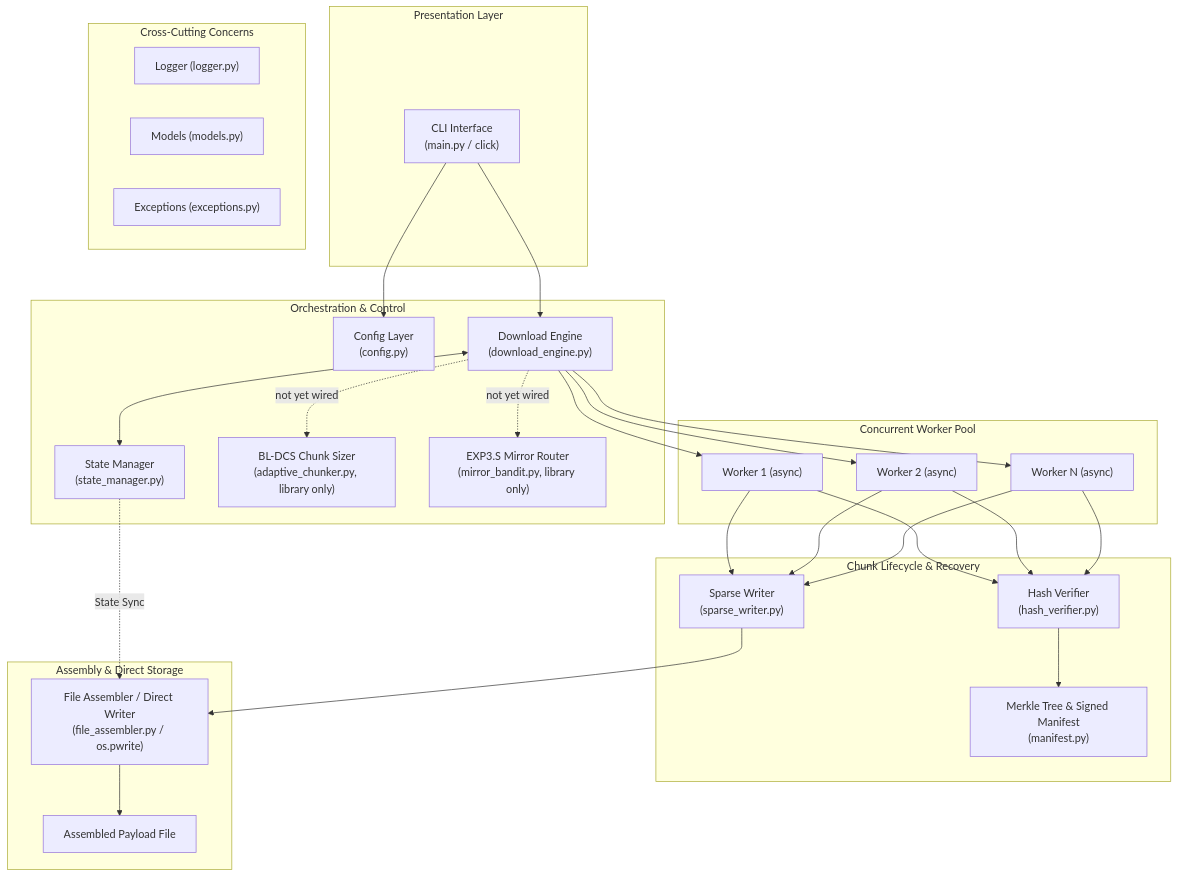
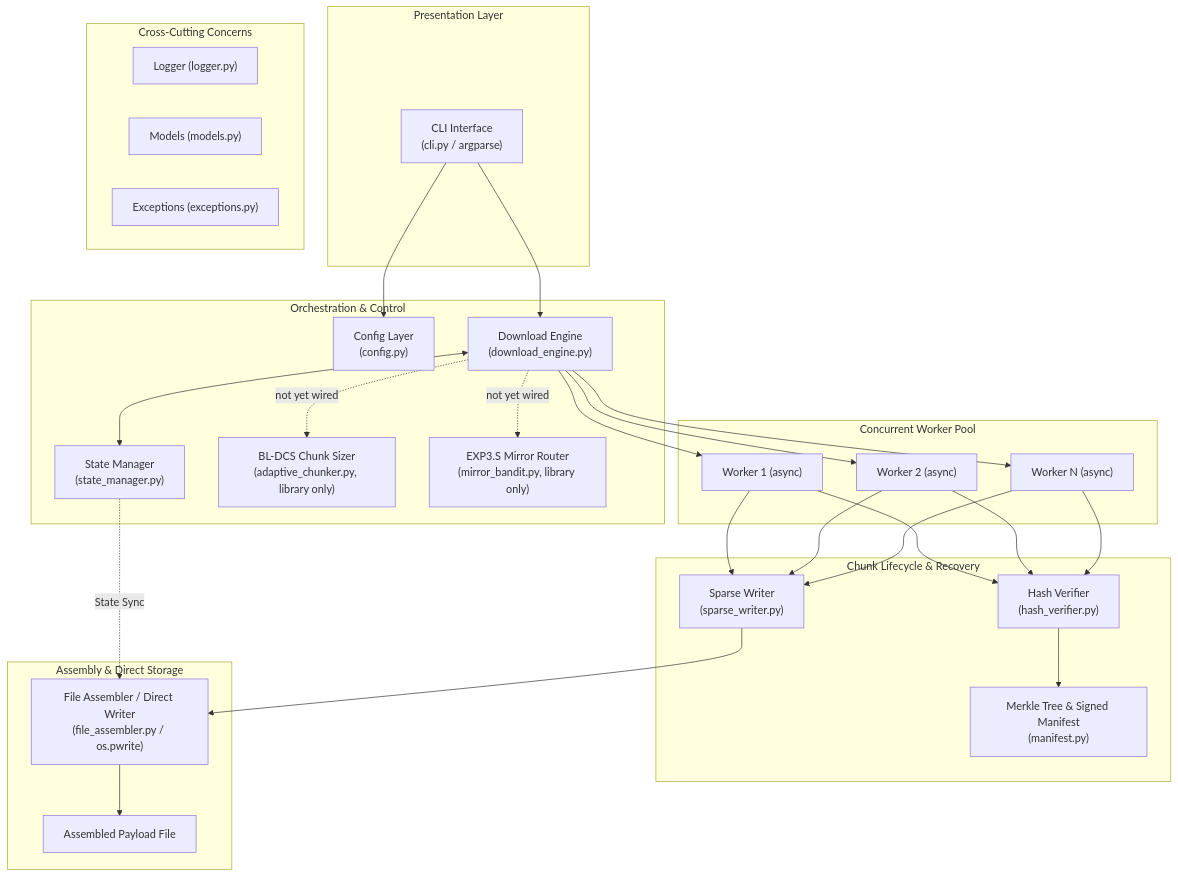
The first of 4 diagrams in docs/ARCHITECTURE.md (PxA-Labs/ReliaDL), drawn with Mermaid before and after one commit. The commit also changed other lines of this file and 4 other files, not shown here.

````diff
--- a/docs/ARCHITECTURE.md
+++ b/docs/ARCHITECTURE.md
@@ -25,50 +25,50 @@
 ```mermaid
 graph TB
     subgraph PresentationLayer["Presentation Layer"]
-        CLI["CLI Interface<br/>(main.py / click)"]
+        CLI["CLI Interface<br/>(cli.py / argparse)"]
     end
 
     subgraph OrchestrationLayer["Orchestration & Control"]
         CONF["Config Layer<br/>(config.py)"]
         ENG["Download Engine<br/>(download_engine.py)"]
         SM["State Manager<br/>(state_manager.py)"]
         AC["BL-DCS Chunk Sizer<br/>(adaptive_chunker.py, library only)"]
         WS["EXP3.S Mirror Router<br/>(mirror_bandit.py, library only)"]
     end
 
     subgraph ConcurrencyLayer["Concurrent Worker Pool"]
         W1["Worker 1 (async)"]
         W2["Worker 2 (async)"]
         WN["Worker N (async)"]
     end
 
     subgraph ChunkLifecycle["Chunk Lifecycle & Recovery"]
         HV["Hash Verifier<br/>(hash_verifier.py)"]
         MF["Merkle Tree & Signed Manifest<br/>(manifest.py)"]
         FW["Sparse Writer<br/>(sparse_writer.py)"]
     end
 
     subgraph StorageLayer["Assembly & Direct Storage"]
         FA["File Assembler / Direct Writer<br/>(file_assembler.py / os.pwrite)"]
         TARGET["Assembled Payload File"]
     end
 
     subgraph CrossCutting["Cross-Cutting Concerns"]
         LOG["Logger (logger.py)"]
         MOD["Models (models.py)"]
         EXC["Exceptions (exceptions.py)"]
     end
 
     CLI --> CONF
     CLI --> ENG
     ENG <--> SM
     ENG -. "not yet wired" .-> AC
     ENG -. "not yet wired" .-> WS
     ENG --> W1 & W2 & WN
     W1 & W2 & WN --> HV
     W1 & W2 & WN --> FW
     HV --> MF
     FW --> FA
     FA --> TARGET
     SM -. "State Sync" .-> FA
 ```
````
